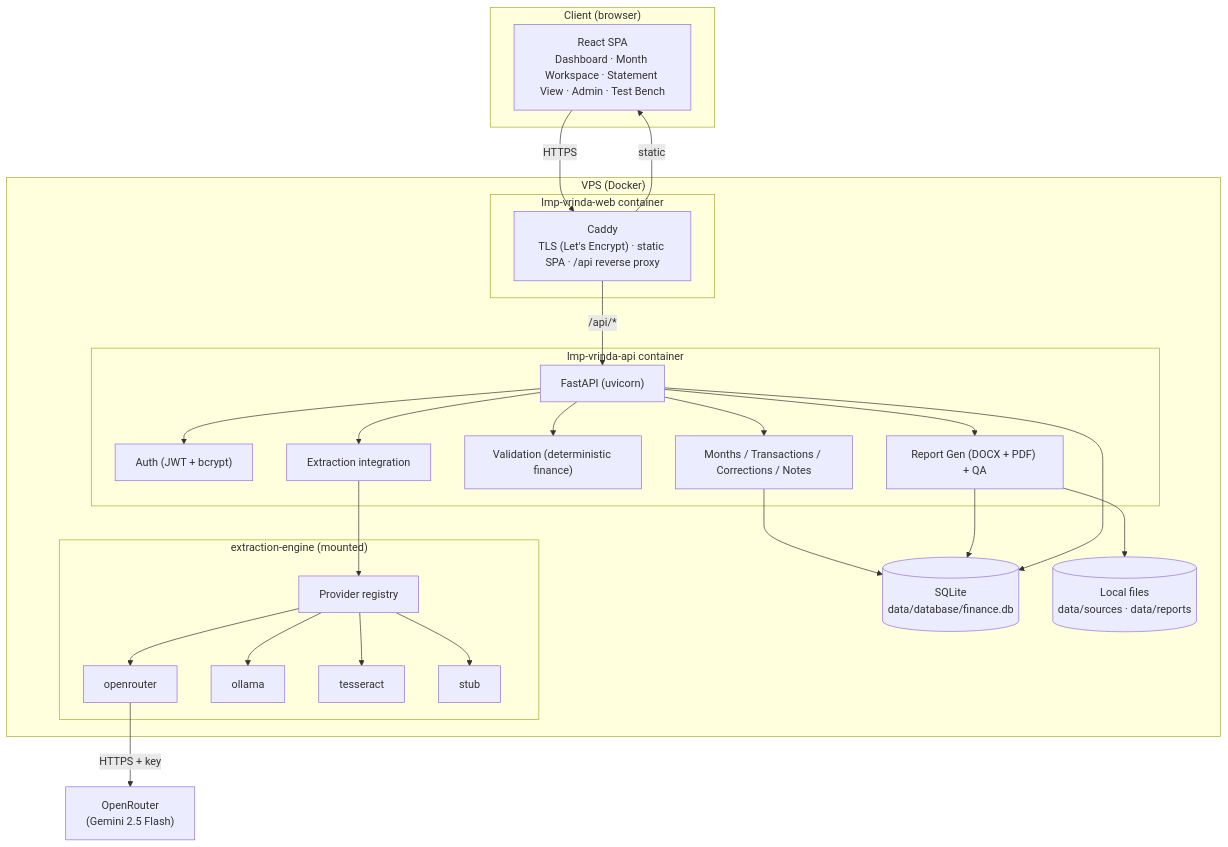
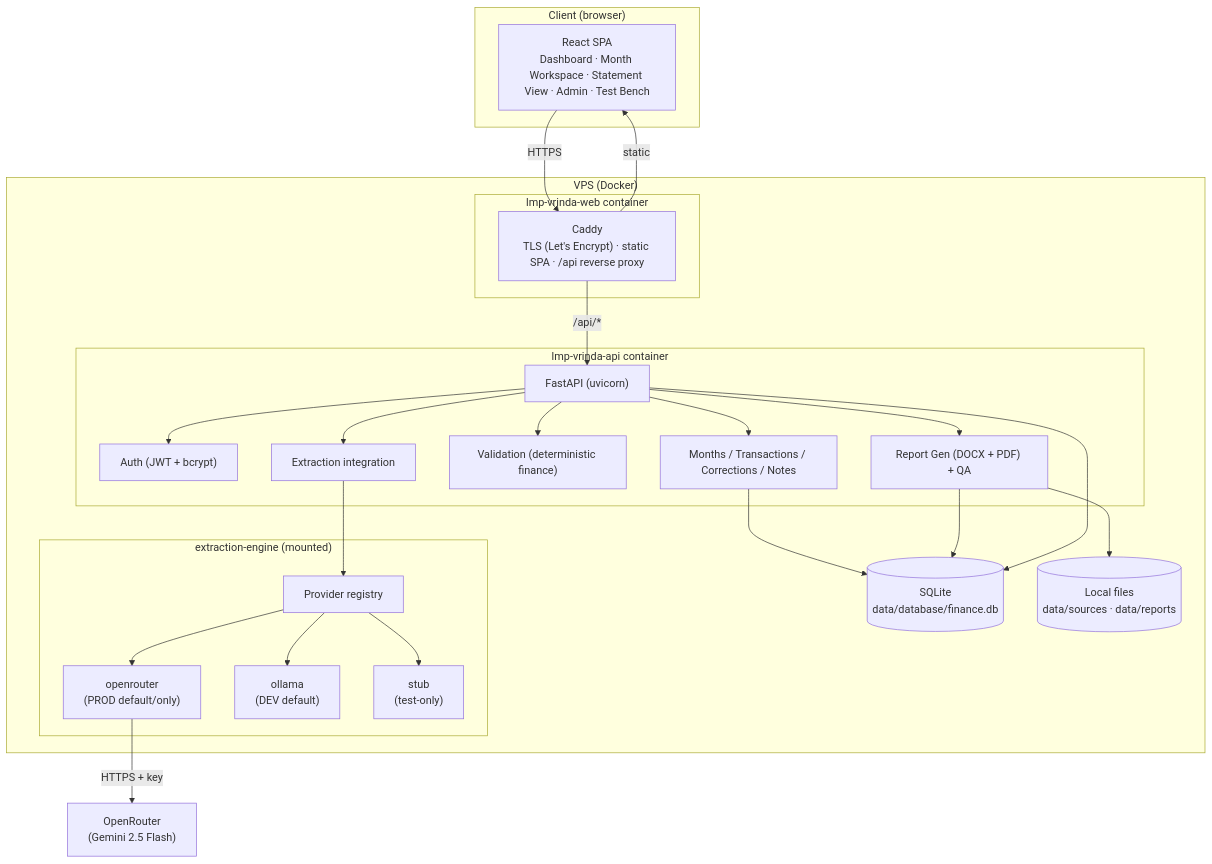
The first of 12 diagrams in docs/ARCHITECTURE.md (kk-ecu/lmp-vrinda-finance-engine), drawn with Mermaid before and after one commit. The commit also changed other lines of this file and 1 other file, not shown here.

Commit message:
Fix architecture diagrams to as-built: overall diagram + feature catalog + DEBUGGING request path now show two providers (openrouter/ollama) + stub test-only; tesseract removed from diagrams

````diff
--- a/docs/ARCHITECTURE.md
+++ b/docs/ARCHITECTURE.md
@@ -35,42 +35,41 @@
 ```mermaid
 flowchart TB
     subgraph Client["Client (browser)"]
         UI["React SPA<br/>Dashboard · Month Workspace · Statement View · Admin · Test Bench"]
     end
 
     subgraph VPS["VPS (Docker)"]
         subgraph Web["lmp-vrinda-web container"]
             CADDY["Caddy<br/>TLS (Let's Encrypt) · static SPA · /api reverse proxy"]
         end
         subgraph Api["lmp-vrinda-api container"]
             FASTAPI["FastAPI (uvicorn)"]
             AUTH["Auth (JWT + bcrypt)"]
             MONTHS["Months / Transactions / Corrections / Notes"]
             VALID["Validation (deterministic finance)"]
             REPORTS["Report Gen (DOCX + PDF) + QA"]
             EXTR["Extraction integration"]
         end
         subgraph Engine["extraction-engine (mounted)"]
             REG["Provider registry"]
-            OPENR["openrouter"]
-            OLL["ollama"]
-            TESS["tesseract"]
-            STUB["stub"]
+            OPENR["openrouter<br/>(PROD default/only)"]
+            OLL["ollama<br/>(DEV default)"]
+            STUB["stub<br/>(test-only)"]
         end
         DB[("SQLite<br/>data/database/finance.db")]
         FILES[("Local files<br/>data/sources · data/reports")]
     end
 
     CLOUD["OpenRouter<br/>(Gemini 2.5 Flash)"]
 
     UI -->|HTTPS| CADDY
     CADDY -->|/api/*| FASTAPI
     CADDY -->|static| UI
     FASTAPI --> AUTH & MONTHS & VALID & REPORTS & EXTR
     MONTHS --> DB
     REPORTS --> DB & FILES
     EXTR --> REG
-    REG --> OPENR & OLL & TESS & STUB
+    REG --> OPENR & OLL & STUB
     OPENR -->|HTTPS + key| CLOUD
     FASTAPI --> DB
 ```
````
